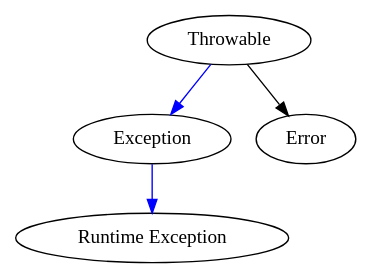
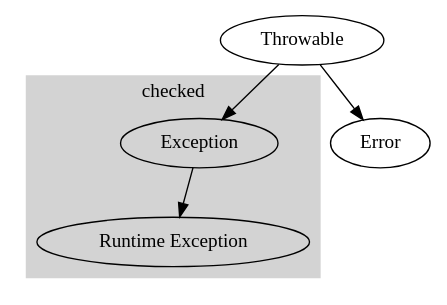
One commit to Broscorp-net/traineeship changed the diagram in module1/src/main/java/net/broscorp/j_exceptions/throw.gv. Above: the diagram before and after it, drawn with Graphviz. The commit also changed 2 other files, not shown here.

```diff
--- a/module1/src/main/java/net/broscorp/j_exceptions/throw.gv
+++ b/module1/src/main/java/net/broscorp/j_exceptions/throw.gv
@@ -1,5 +1,10 @@
 digraph G {
-  "Throwable" -> "Exception"[color=blue];
+  "Throwable" -> "Exception";
   "Throwable" -> "Error"
-  "Exception" -> "Runtime Exception"[color=blue];
+subgraph cluster_0 {
+		style=filled;
+		color=lightgrey;		
+		"Exception" -> "Runtime Exception"
+		label = "checked";
+	}
 }
```
